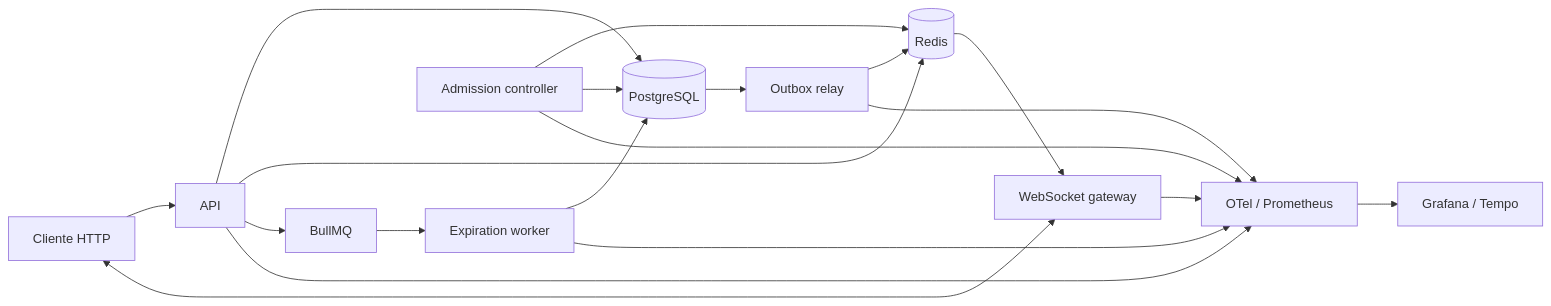
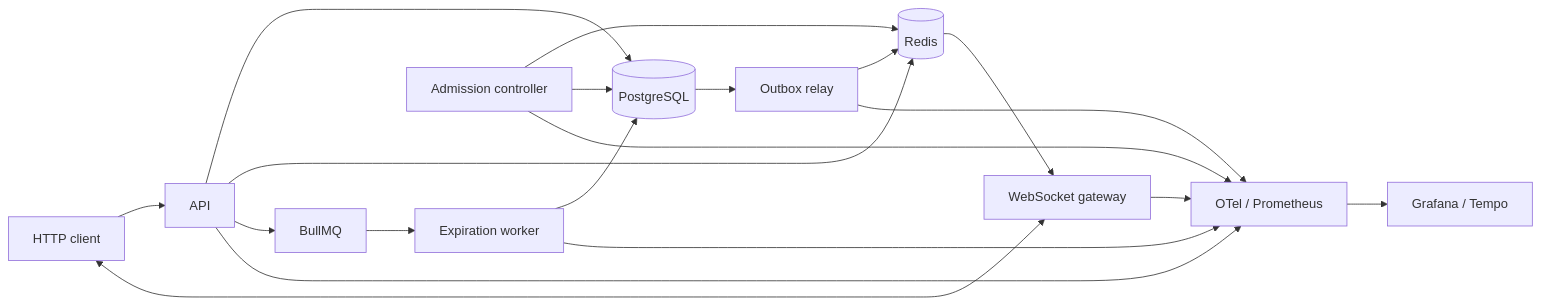
Before and after one commit to lbraun7/live-seat-reservation: the first of 4 diagrams in docs/architecture.md, drawn with Mermaid. The commit also changed other lines of this file and 15 other files, not shown here.

````diff
--- a/docs/architecture.md
+++ b/docs/architecture.md
@@ -7,17 +5,17 @@
 ```mermaid
 flowchart LR
-  C[Cliente HTTP] --> API[API]
+  C[HTTP client] --> API[API]
   C <--> WS[WebSocket gateway]
   API --> PG[(PostgreSQL)]
   API --> R[(Redis)]
   API --> Q[BullMQ]
   Q --> W[Expiration worker]
   W --> PG
   AC[Admission controller] --> R
   AC --> PG
   PG --> O[Outbox relay]
   O --> R
   R --> WS
   API & W & AC & O & WS --> OT[OTel / Prometheus]
   OT --> G[Grafana / Tempo]
 ```
````
